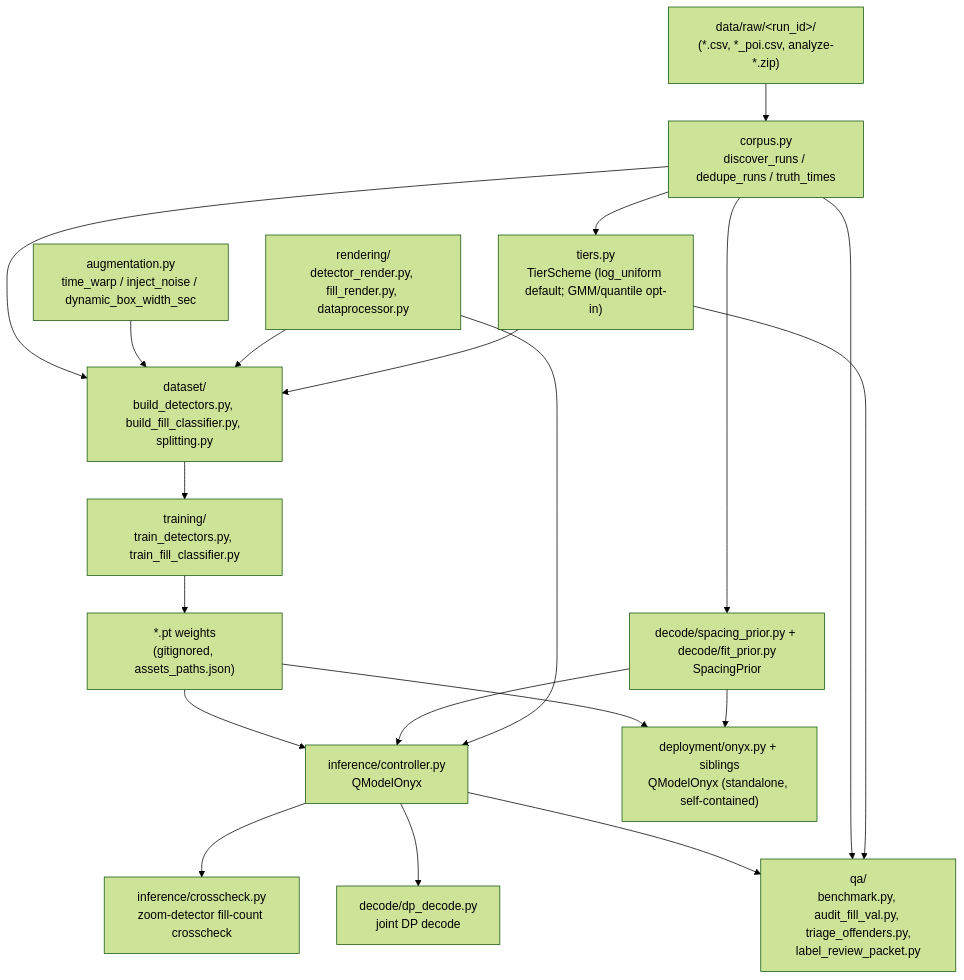
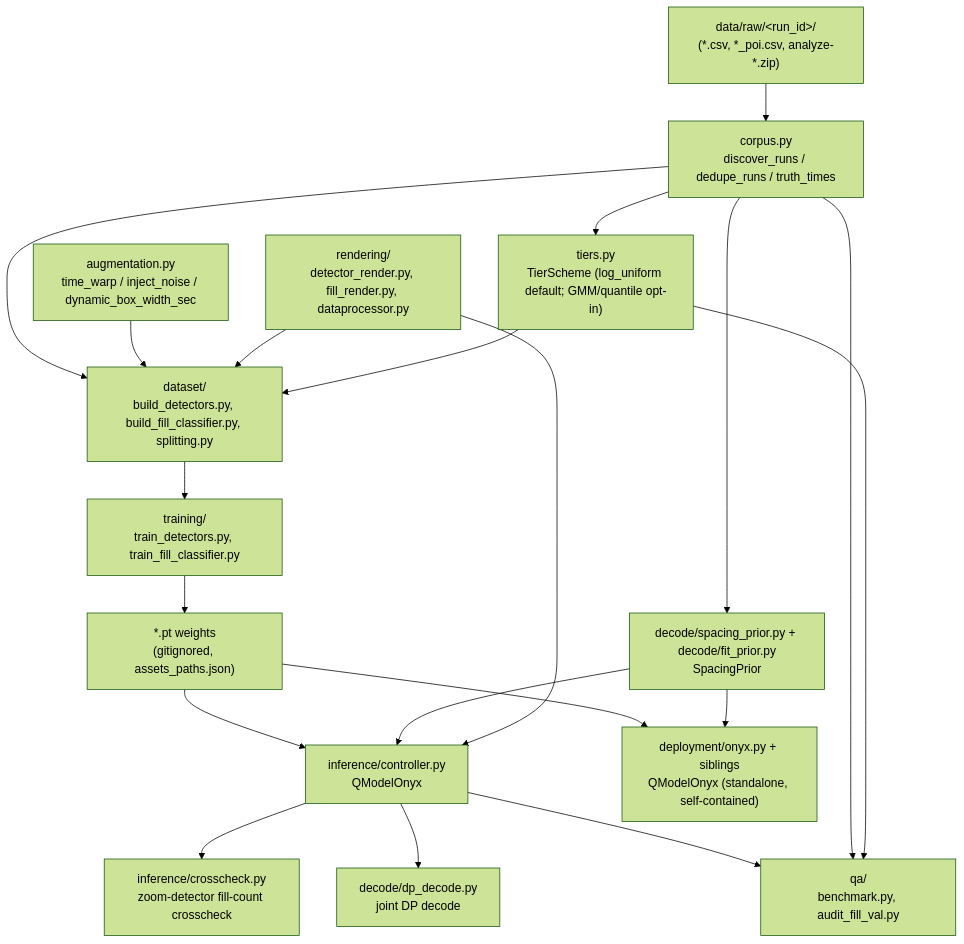
One commit to QATCH-Technologies/QATCH-ML changed the diagram in ARCHITECTURE.md. Above: the diagram before and after it, drawn with Mermaid (forest theme). The commit also changed other lines of this file and 7 other files, not shown here.

````diff
--- a/ARCHITECTURE.md
+++ b/ARCHITECTURE.md
@@ -7,37 +7,37 @@
 ```mermaid
 flowchart TB
     raw["data/raw/&lt;run_id&gt;/\n(*.csv, *_poi.csv, analyze-*.zip)"]
     corpus["corpus.py\ndiscover_runs / dedupe_runs / truth_times"]
     tiers["tiers.py\nTierScheme (log_uniform default; GMM/quantile opt-in)"]
     prior["decode/spacing_prior.py + decode/fit_prior.py\nSpacingPrior"]
     aug["augmentation.py\ntime_warp / inject_noise / dynamic_box_width_sec"]
     render["rendering/\ndetector_render.py, fill_render.py, dataprocessor.py"]
     dsbuild["dataset/\nbuild_detectors.py, build_fill_classifier.py, splitting.py"]
     train["training/\ntrain_detectors.py, train_fill_classifier.py"]
     weights["*.pt weights\n(gitignored, assets_paths.json)"]
     controller["inference/controller.py\nQModelOnyx"]
     crosscheck["inference/crosscheck.py\nzoom-detector fill-count crosscheck"]
     decode["decode/dp_decode.py\njoint DP decode"]
     deployment["deployment/onyx.py + siblings\nQModelOnyx (standalone, self-contained)"]
-    qa["qa/\nbenchmark.py, audit_fill_val.py, triage_offenders.py,\nlabel_review_packet.py"]
+    qa["qa/\nbenchmark.py, audit_fill_val.py"]
 
     raw --> corpus
     corpus --> tiers
     corpus --> prior
     corpus --> dsbuild
     aug --> dsbuild
     render --> dsbuild
     tiers --> dsbuild
     dsbuild --> train
     train --> weights
     weights --> controller
     prior --> controller
     render --> controller
     controller --> crosscheck
     controller --> decode
     weights --> deployment
     prior --> deployment
     controller --> qa
     corpus --> qa
     tiers --> qa
 ```
````
